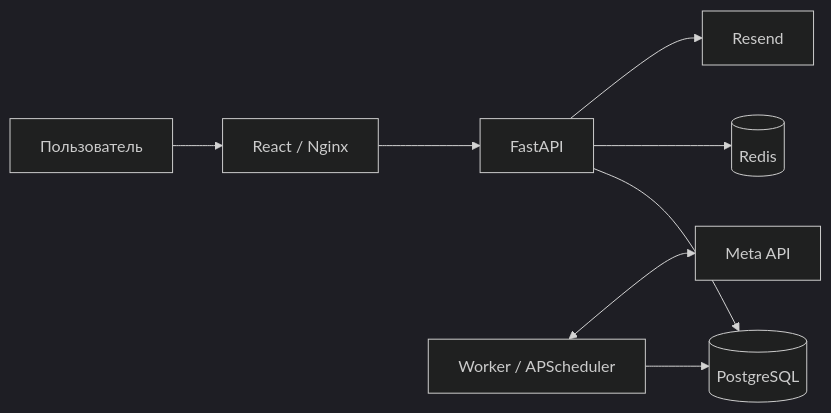
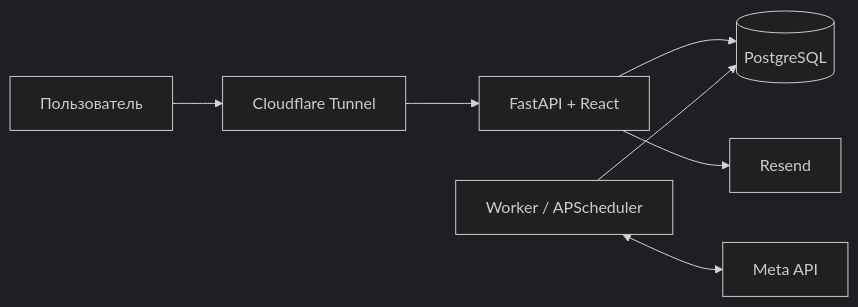
One commit to hiurano/buyerly changed the diagram in docs/ARCHITECTURE.md. Above: the diagram before and after it, drawn with Mermaid (dark theme). The commit also changed other lines of this file and 24 other files, not shown here.

````diff
--- a/docs/ARCHITECTURE.md
+++ b/docs/ARCHITECTURE.md
@@ -7,10 +7,9 @@
 ```mermaid
 flowchart LR
-    U[Пользователь] --> W[React / Nginx]
-    W --> A[FastAPI]
+    U[Пользователь] --> T[Cloudflare Tunnel]
+    T --> A[FastAPI + React]
     A --> D[(PostgreSQL)]
-    A --> R[(Redis)]
     A --> E[Resend]
     K[Worker / APScheduler] --> D
     K <--> M[Meta API]
 ```
````
